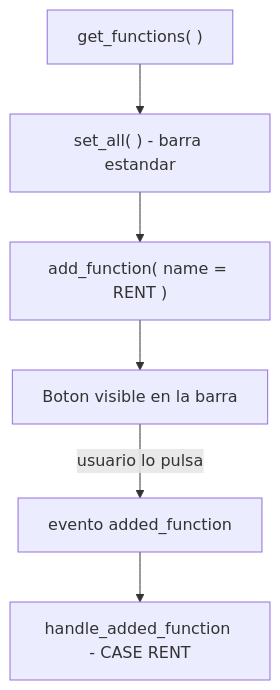
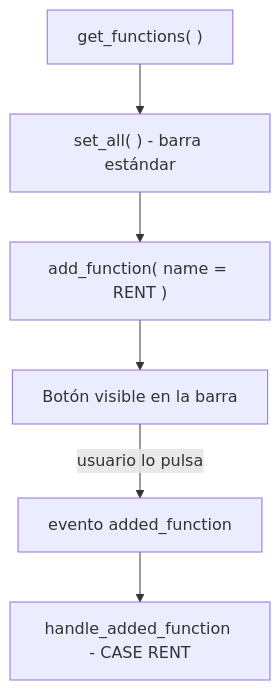
The diagram in es/alv-toolbar-y-funciones-propias.mdx (logalitech/blog-content), drawn with Mermaid before and after one commit. The commit also changed other lines of this file and 49 other files, not shown here.

````diff
--- a/es/alv-toolbar-y-funciones-propias.mdx
+++ b/es/alv-toolbar-y-funciones-propias.mdx
@@ -83,8 +83,8 @@
 ```mermaid
 flowchart TB
-  A["get_functions( )"] --> B["set_all( ) - barra estandar"]
+  A["get_functions( )"] --> B["set_all( ) - barra estándar"]
   B --> C["add_function( name = RENT )"]
-  C --> D["Boton visible en la barra"]
+  C --> D["Botón visible en la barra"]
   D -->|"usuario lo pulsa"| E["evento added_function"]
   E --> F["handle_added_function - CASE RENT"]
 ```
````
